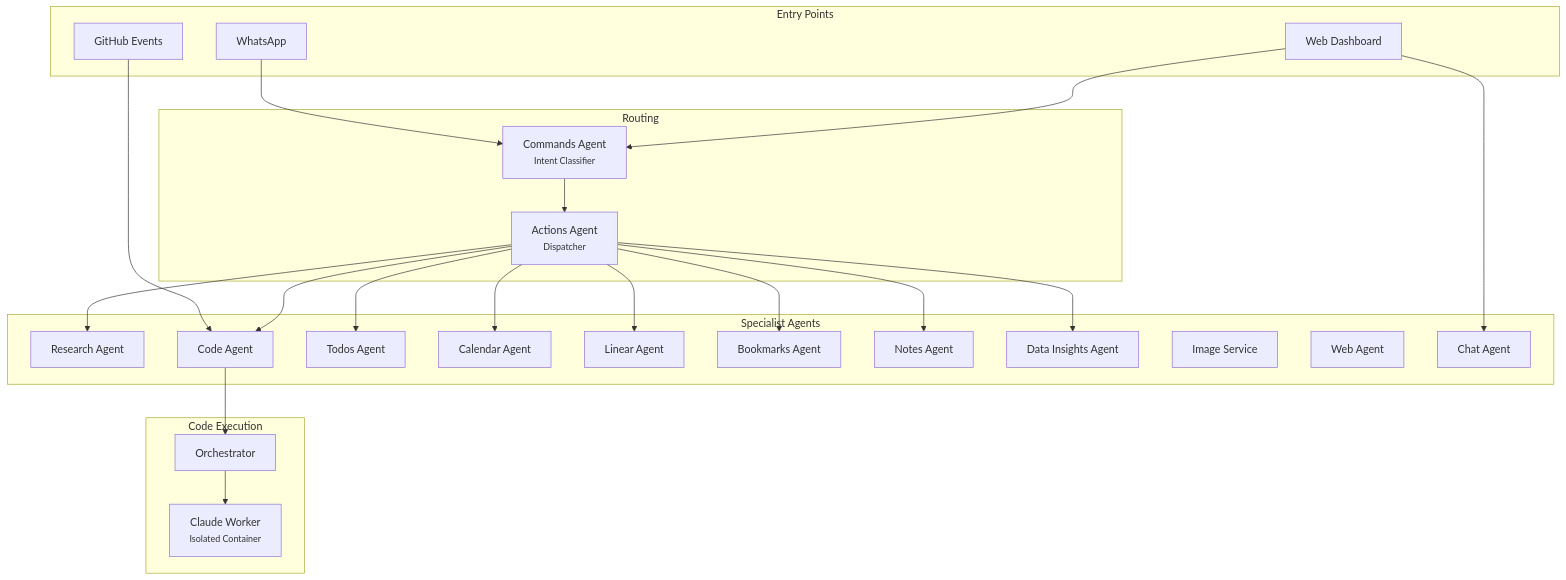
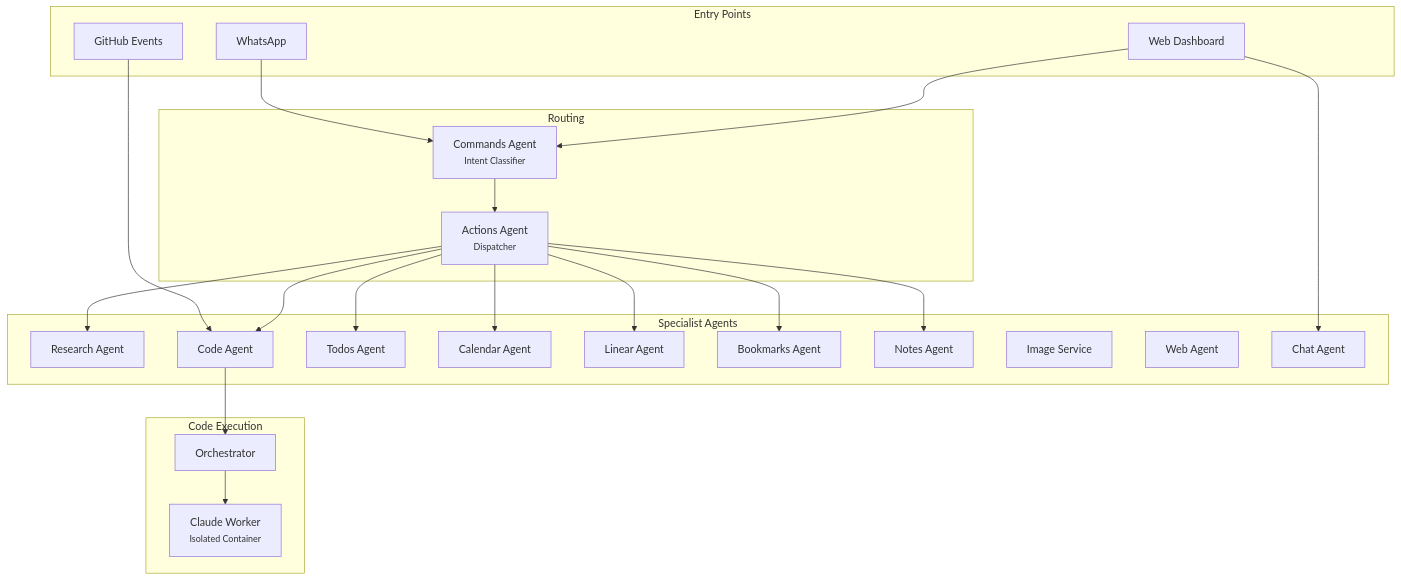
The fourth of 4 diagrams in README.md (pbuchman/intexuraos), drawn with Mermaid before and after one commit. The commit also changed other lines of this file and 51 other files, not shown here.

First line of the commit message:
docs: remove stale Data Insights references from docs, configs, and validation reports

````diff
--- a/README.md
+++ b/README.md
@@ -185,38 +185,37 @@
 ```mermaid
 graph TD
     subgraph "Entry Points"
         WA3[WhatsApp]
         WEB3[Web Dashboard]
         GH[GitHub Events]
     end
 
     subgraph "Routing"
         CMD3["Commands Agent<br><small>Intent Classifier</small>"]
         ACT["Actions Agent<br><small>Dispatcher</small>"]
     end
 
     subgraph "Specialist Agents"
         RES[Research Agent]
         CODE3[Code Agent]
         TODO[Todos Agent]
         CAL[Calendar Agent]
         LIN3[Linear Agent]
         BOOK[Bookmarks Agent]
         NOTE[Notes Agent]
-        DATA[Data Insights Agent]
         IMG[Image Service]
         WEBAG[Web Agent]
         CHAT[Chat Agent]
     end
 
     subgraph "Code Execution"
         ORCH3[Orchestrator]
         CW3["Claude Worker<br><small>Isolated Container</small>"]
     end
 
     WA3 & WEB3 --> CMD3 --> ACT
     WEB3 --> CHAT
     GH --> CODE3
-    ACT --> RES & CODE3 & TODO & CAL & LIN3 & BOOK & NOTE & DATA
+    ACT --> RES & CODE3 & TODO & CAL & LIN3 & BOOK & NOTE
     CODE3 --> ORCH3 --> CW3
 ```
````
